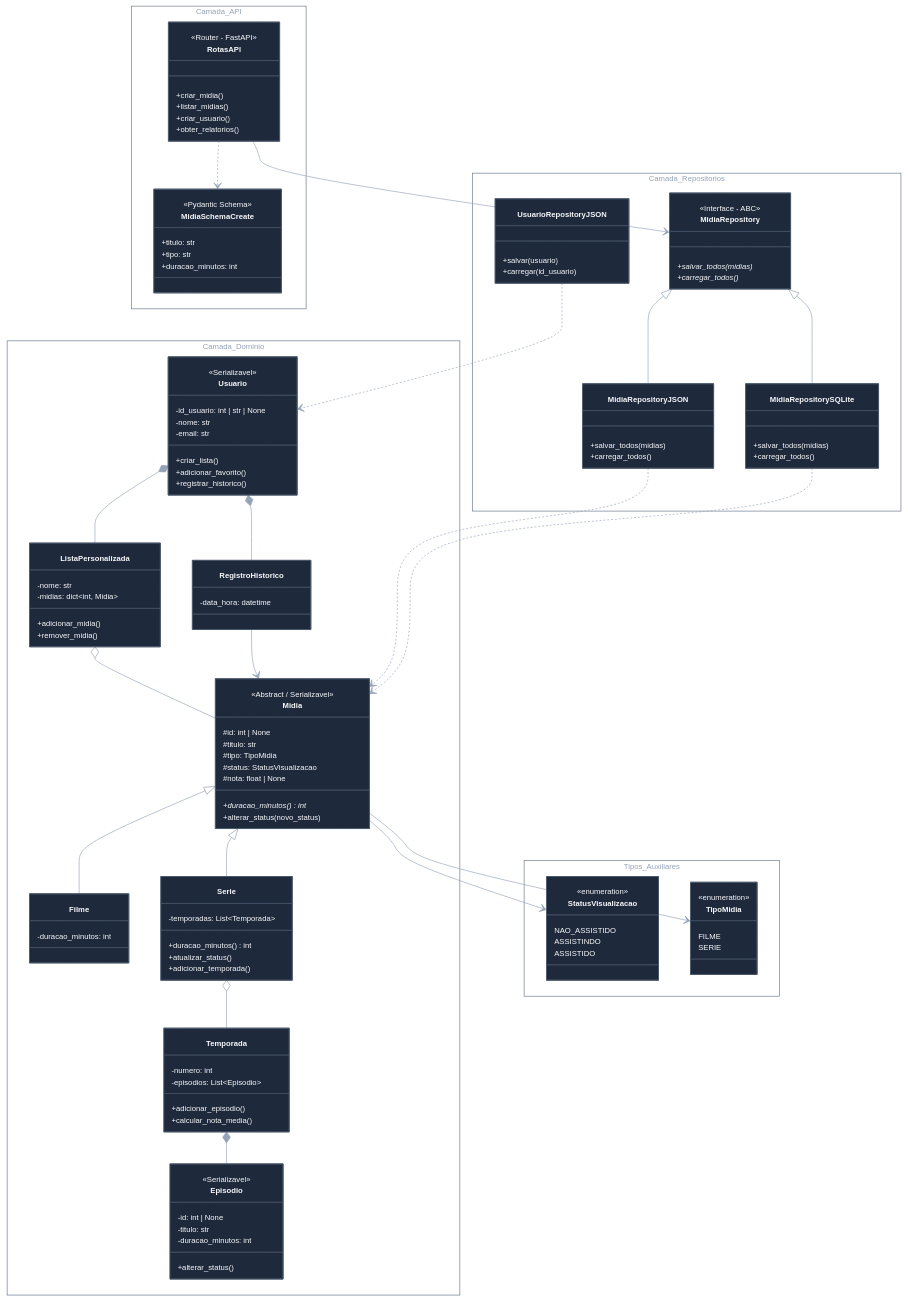
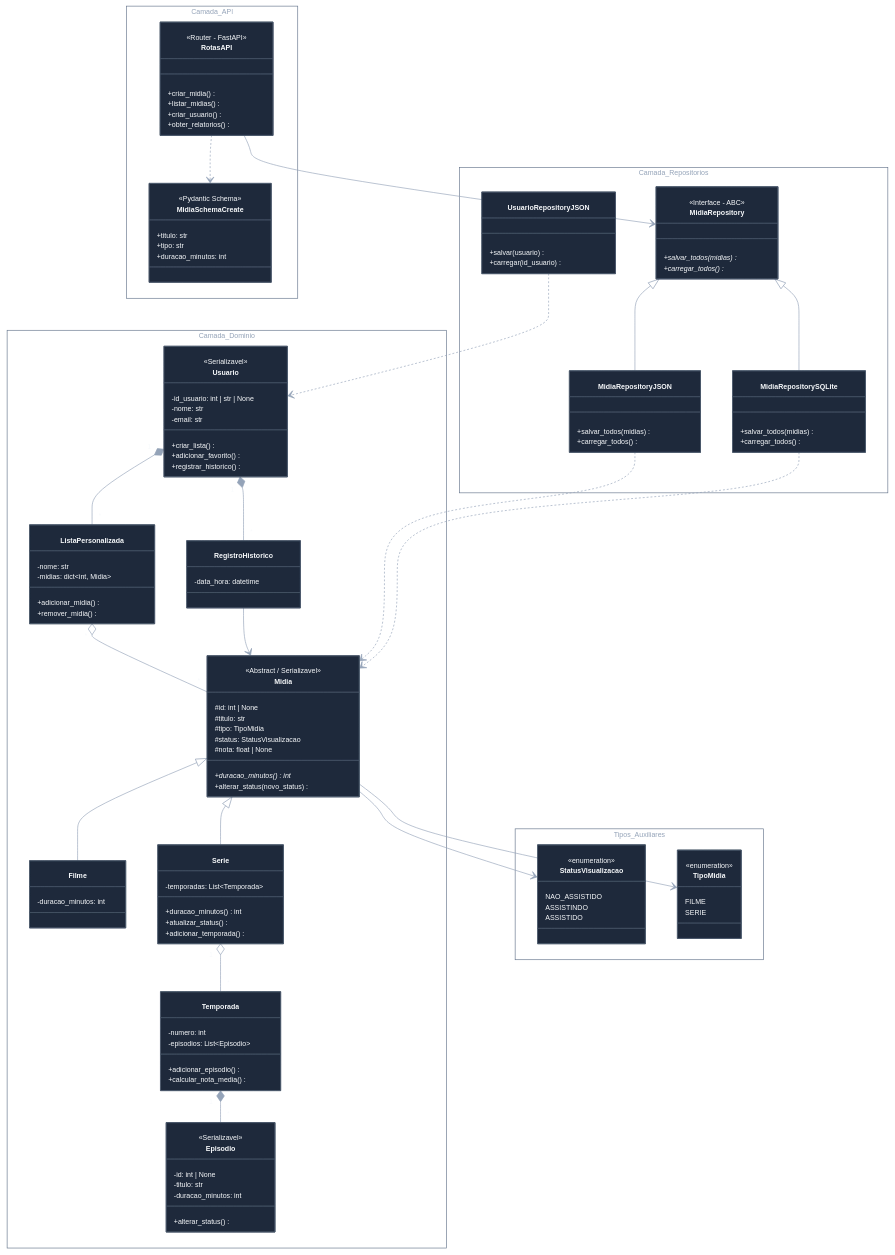
One commit to edson-santos0077/catalogo-de-filmes-e-series changed the diagram in docs/README.md. Above: the diagram before and after it, drawn with Mermaid.

```diff
--- a/docs/README.md
+++ b/docs/README.md
@@ -98,8 +98,9 @@
       'tertiaryColor': 'transparent',
       'tertiaryBorderColor': '#64748b',
       'tertiaryTextColor': '#94a3b8',
-      'fontSize': '12px'
-    }
+      'fontSize': '11px'
+    },
+    'themeCSS': 'g.classGroup text { font-size: 11px !important; } .nodeLabel { padding: 8px !important; }'
   }
 }%%
 classDiagram
@@ -108,103 +109,103 @@
     namespace Camada_API {
         class RotasAPI {
             <<Router - FastAPI>>
-            +criar_midia()
-            +listar_midias()
-            +criar_usuario()
-            +obter_relatorios()
+            +criar_midia()&nbsp;&nbsp;
+            +listar_midias()&nbsp;&nbsp;
+            +criar_usuario()&nbsp;&nbsp;
+            +obter_relatorios()&nbsp;&nbsp;
         }
         class MidiaSchemaCreate {
             <<Pydantic Schema>>
-            +titulo: str
-            +tipo: str
-            +duracao_minutos: int
+            +titulo: str&nbsp;&nbsp;
+            +tipo: str&nbsp;&nbsp;
+            +duracao_minutos: int&nbsp;&nbsp;
         }
     }
 
     namespace Camada_Repositorios {
         class MidiaRepository {
             <<Interface - ABC>>
-            +salvar_todos(midias)*
-            +carregar_todos()*
+            +salvar_todos(midias)*&nbsp;&nbsp;
+            +carregar_todos()*&nbsp;&nbsp;
         }
         class MidiaRepositoryJSON {
-            +salvar_todos(midias)
-            +carregar_todos()
+            +salvar_todos(midias)&nbsp;&nbsp;
+            +carregar_todos()&nbsp;&nbsp;
         }
         class MidiaRepositorySQLite {
-            +salvar_todos(midias)
-            +carregar_todos()
+            +salvar_todos(midias)&nbsp;&nbsp;
+            +carregar_todos()&nbsp;&nbsp;
         }
         class UsuarioRepositoryJSON {
-            +salvar(usuario)
-            +carregar(id_usuario)
+            +salvar(usuario)&nbsp;&nbsp;
+            +carregar(id_usuario)&nbsp;&nbsp;
         }
     }
 
     namespace Camada_Dominio {
         class Midia {
             <<Abstract / Serializavel>>
-            #id: int | None
-            #titulo: str
-            #tipo: TipoMidia
-            #status: StatusVisualizacao
-            #nota: float | None
-            +duracao_minutos()* int
-            +alterar_status(novo_status)
+            #id: int | None&nbsp;&nbsp;
+            #titulo: str&nbsp;&nbsp;
+            #tipo: TipoMidia&nbsp;&nbsp;
+            #status: StatusVisualizacao&nbsp;&nbsp;
+            #nota: float | None&nbsp;&nbsp;
+            +duracao_minutos()* int&nbsp;&nbsp;
+            +alterar_status(novo_status)&nbsp;&nbsp;
         }
         class Filme {
-            -duracao_minutos: int
+            -duracao_minutos: int&nbsp;&nbsp;
         }
         class Serie {
-            -temporadas: List~Temporada~
-            +duracao_minutos() int
-            +atualizar_status()
-            +adicionar_temporada()
+            -temporadas: List~Temporada~&nbsp;&nbsp;
+            +duracao_minutos() int&nbsp;&nbsp;
+            +atualizar_status()&nbsp;&nbsp;
+            +adicionar_temporada()&nbsp;&nbsp;
         }
         class Temporada {
-            -numero: int
-            -episodios: List~Episodio~
-            +adicionar_episodio()
-            +calcular_nota_media()
+            -numero: int&nbsp;&nbsp;
+            -episodios: List~Episodio~&nbsp;&nbsp;
+            +adicionar_episodio()&nbsp;&nbsp;
+            +calcular_nota_media()&nbsp;&nbsp;
         }
         class Episodio {
             <<Serializavel>>
-            -id: int | None
-            -titulo: str
-            -duracao_minutos: int
-            +alterar_status()
+            -id: int | None&nbsp;&nbsp;
+            -titulo: str&nbsp;&nbsp;
+            -duracao_minutos: int&nbsp;&nbsp;
+            +alterar_status()&nbsp;&nbsp;
         }
         class Usuario {
             <<Serializavel>>
-            -id_usuario: int | str | None
-            -nome: str
-            -email: str
-            +criar_lista()
-            +adicionar_favorito()
-            +registrar_historico()
+            -id_usuario: int | str | None&nbsp;&nbsp;
+            -nome: str&nbsp;&nbsp;
+            -email: str&nbsp;&nbsp;
+            +criar_lista()&nbsp;&nbsp;
+            +adicionar_favorito()&nbsp;&nbsp;
+            +registrar_historico()&nbsp;&nbsp;
         }
         class ListaPersonalizada {
-            -nome: str
-            -midias: dict~int, Midia~
-            +adicionar_midia()
-            +remover_midia()
+            -nome: str&nbsp;&nbsp;
+            -midias: dict~int, Midia~&nbsp;&nbsp;
+            +adicionar_midia()&nbsp;&nbsp;
+            +remover_midia()&nbsp;&nbsp;
         }
         class RegistroHistorico {
-            -data_hora: datetime
+            -data_hora: datetime&nbsp;&nbsp;
         }
     }
 
     namespace Tipos_Auxiliares {
         class StatusVisualizacao {
             <<enumeration>>
-            NAO_ASSISTIDO
-            ASSISTINDO
-            ASSISTIDO
+            NAO_ASSISTIDO&nbsp;&nbsp;
+            ASSISTINDO&nbsp;&nbsp;
+            ASSISTIDO&nbsp;&nbsp;
         }
         class TipoMidia {
             <<enumeration>>
-            FILME
-            SERIE
+            FILME&nbsp;&nbsp;
+            SERIE&nbsp;&nbsp;
         }
     }
 
```
